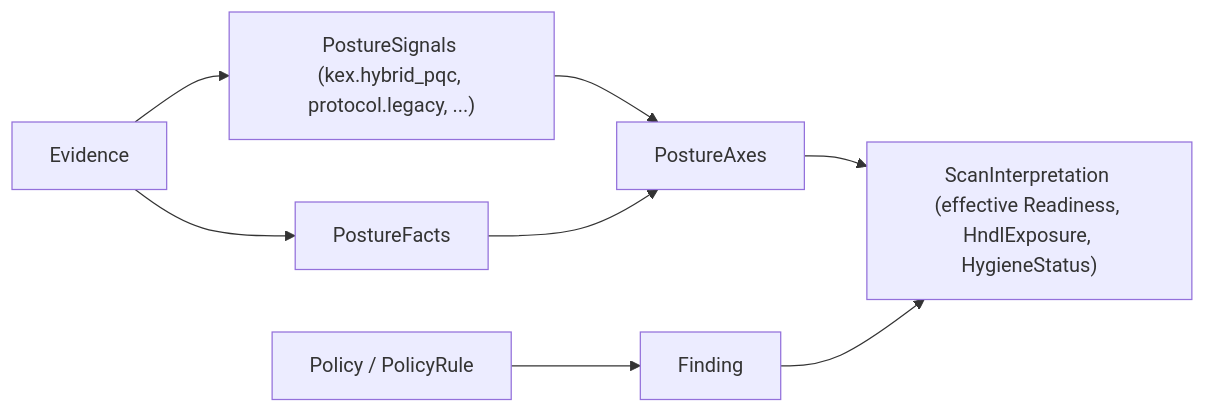
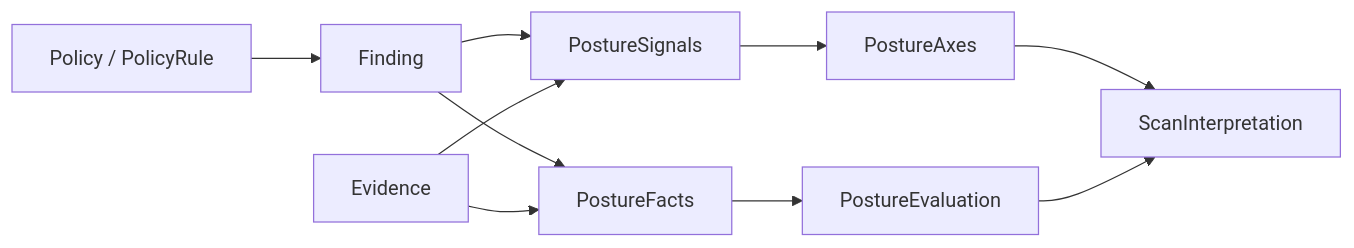
Before and after one commit to BreachSAFE/qureddy: the second of 4 diagrams in docs/architecture/data-model.md, drawn with Mermaid. The commit also changed other lines of this file and 4 other files, not shown here.

````diff
--- a/docs/architecture/data-model.md
+++ b/docs/architecture/data-model.md
@@ -63,10 +62,12 @@
 ```mermaid
 flowchart LR
-    Evidence --> Signals["PostureSignals (kex.hybrid_pqc, protocol.legacy, ...)"]
-    Evidence --> Facts["PostureFacts"]
+    Policy["Policy / PolicyRule"] --> Finding
+    Finding --> Signals["PostureSignals"]
+    Evidence --> Signals
+    Finding --> Facts["PostureFacts"]
+    Evidence --> Facts
     Signals --> Axes["PostureAxes"]
-    Facts --> Axes
-    Axes --> Interp["ScanInterpretation (effective Readiness, HndlExposure, HygieneStatus)"]
-    Policy["Policy / PolicyRule"] --> Finding
-    Finding --> Interp
+    Facts --> Evaluation["PostureEvaluation"]
+    Axes --> Interp["ScanInterpretation"]
+    Evaluation --> Interp
 ```
````
